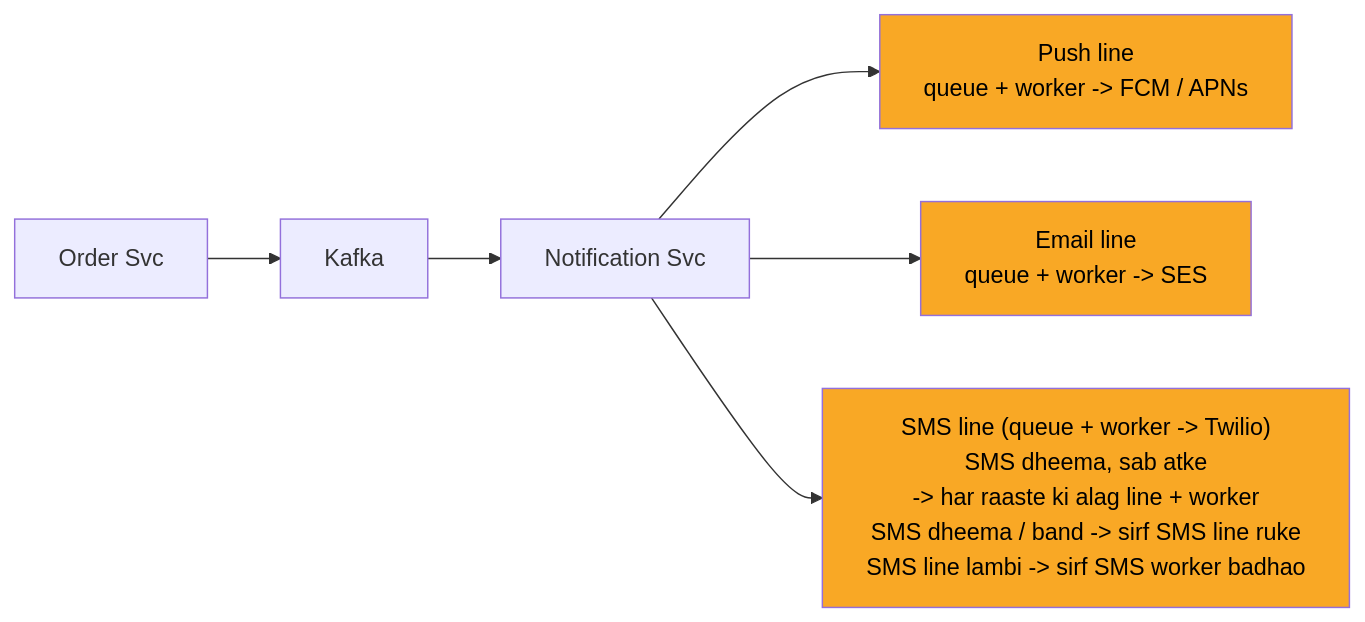
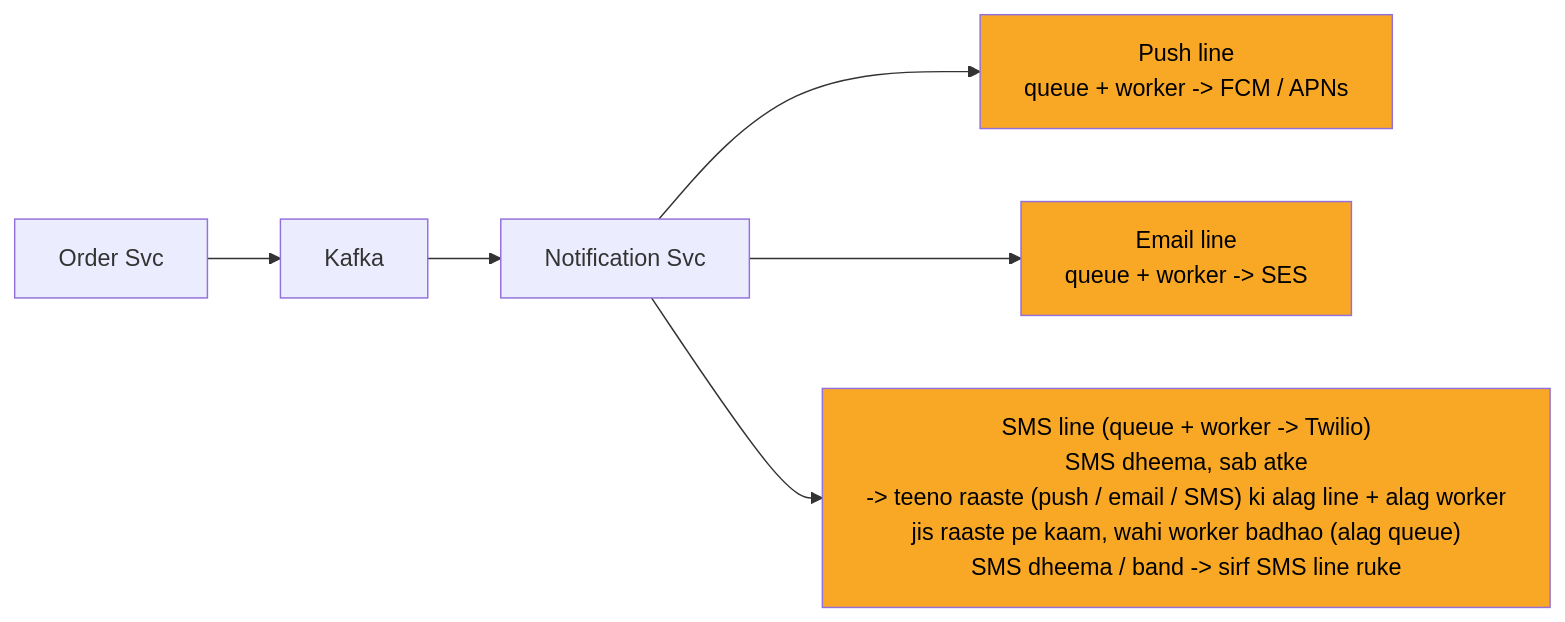
Before and after one commit to ArpanMaheshwari144/Prep: the third of 13 diagrams in 04_HLD/SYSTEM_DESIGNS/04_notification_system/04_notification_system.md, drawn with Mermaid. The commit also changed other lines of this file and 13 other files, not shown here.

````diff
--- a/04_HLD/SYSTEM_DESIGNS/04_notification_system/04_notification_system.md
+++ b/04_HLD/SYSTEM_DESIGNS/04_notification_system/04_notification_system.md
@@ -140,18 +144,18 @@
 ```mermaid
 %%{init: {"flowchart": {"wrappingWidth": 450}}}%%
 flowchart LR
     n_Order_Svc["Order Svc"]
     n_Kafka["Kafka"]
     n_Notification_Svc["Notification Svc"]
     n_PUSH["Push line<br/>queue + worker -> FCM / APNs"]
     n_EMAIL["Email line<br/>queue + worker -> SES"]
-    n_SMSL["SMS line (queue + worker -> Twilio)<br/>SMS dheema, sab atke<br/>-> har raaste ki alag line + worker<br/>SMS dheema / band -> sirf SMS line ruke<br/>SMS line lambi -> sirf SMS worker badhao"]
+    n_SMSL["SMS line (queue + worker -> Twilio)<br/>SMS dheema, sab atke<br/>-> teeno raaste (push / email / SMS) ki alag line + alag worker<br/>jis raaste pe kaam, wahi worker badhao (alag queue)<br/>SMS dheema / band -> sirf SMS line ruke"]
     n_Order_Svc --> n_Kafka
     n_Kafka --> n_Notification_Svc
     n_Notification_Svc --> n_PUSH
     n_Notification_Svc --> n_EMAIL
     n_Notification_Svc --> n_SMSL
     style n_PUSH fill:#f9a825,color:#000
     style n_EMAIL fill:#f9a825,color:#000
     style n_SMSL fill:#f9a825,color:#000
 ```
````
